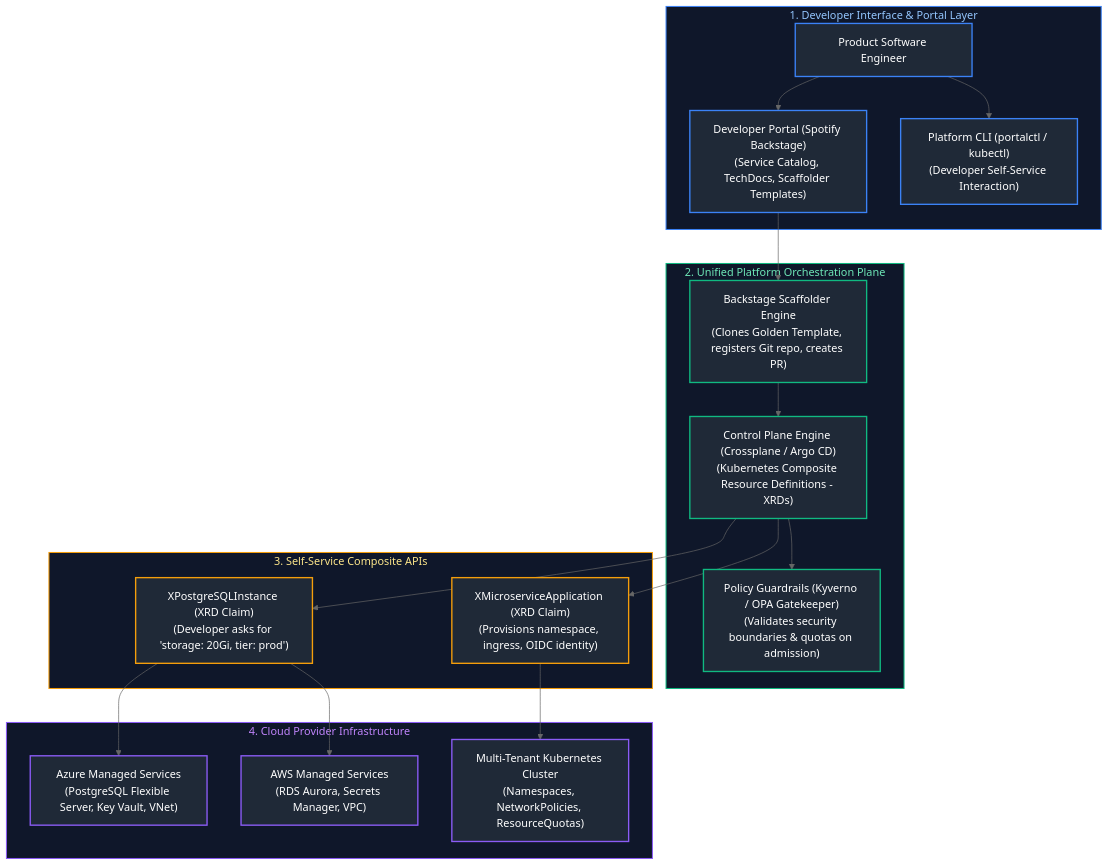
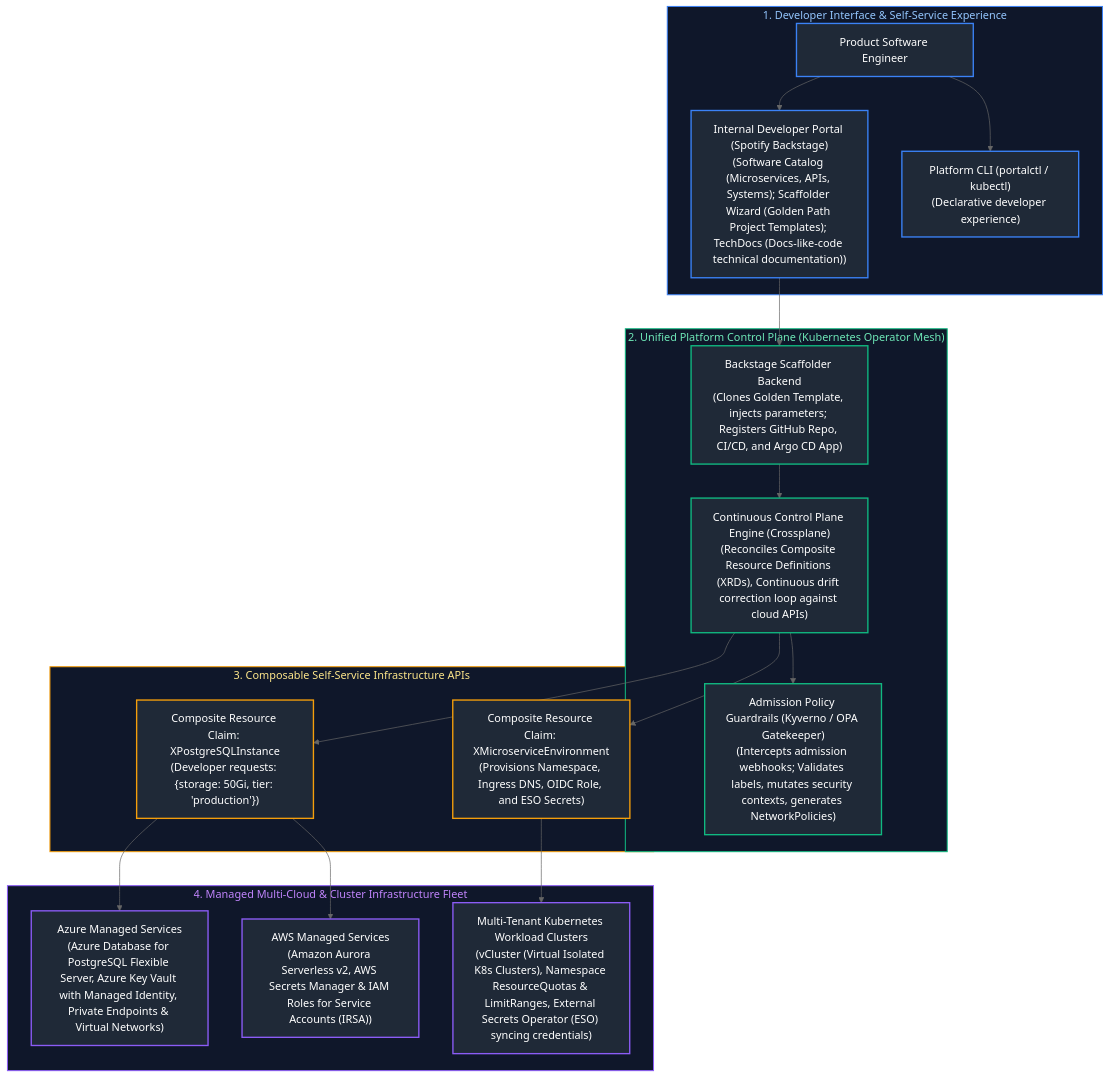
The first of 10 diagrams in Cloud Engineering/14_platform_engineering_and_developer_experience.md (joydeep-biswas/Interview-Preparation), drawn with Mermaid (neutral theme) before and after one commit. The commit also changed other lines of this file and 143 other files, not shown here.

````diff
--- a/Cloud Engineering/14_platform_engineering_and_developer_experience.md
+++ b/Cloud Engineering/14_platform_engineering_and_developer_experience.md
@@ -9,54 +9,56 @@
 ```mermaid
 flowchart TD
-    subgraph DevPortal ["1. Developer Interface & Portal Layer"]
-        Backstage["Developer Portal (Spotify Backstage)<br/>(Service Catalog, TechDocs, Scaffolder Templates)"]
-        CLI["Platform CLI (portalctl / kubectl)<br/>(Developer Self-Service Interaction)"]
-        Dev["Product Software Engineer"]
-        Dev --> Backstage
-        Dev --> CLI
+    subgraph DevPortalLayer ["1. Developer Interface & Self-Service Experience"]
+        DevUser["Product Software Engineer"]
+        Backstage["Internal Developer Portal (Spotify Backstage)<br/>(Software Catalog (Microservices, APIs, Systems); Scaffolder Wizard (Golden Path Project Templates); TechDocs (Docs-like-code technical documentation))"]
+        PlatformCLI["Platform CLI (portalctl / kubectl)<br/>(Declarative developer experience)"]
+        
+        DevUser --> Backstage
+        DevUser --> PlatformCLI
     end
 
-    subgraph PlatformControlPlane ["2. Unified Platform Orchestration Plane"]
-        Scaffolder["Backstage Scaffolder Engine<br/>(Clones Golden Template, registers Git repo, creates PR)"]
-        Crossplane["Control Plane Engine (Crossplane / Argo CD)<br/>(Kubernetes Composite Resource Definitions - XRDs)"]
-        KyvernoPolicy["Policy Guardrails (Kyverno / OPA Gatekeeper)<br/>(Validates security boundaries & quotas on admission)"]
-
-        Backstage --> Scaffolder
-        Scaffolder --> Crossplane
-        Crossplane --> KyvernoPolicy
+    subgraph ControlPlaneTier ["2. Unified Platform Control Plane (Kubernetes Operator Mesh)"]
+        ScaffolderEngine["Backstage Scaffolder Backend<br/>(Clones Golden Template, injects parameters; Registers GitHub Repo, CI/CD, and Argo CD App)"]
+        CrossplaneEngine["Continuous Control Plane Engine (Crossplane)<br/>(Reconciles Composite Resource Definitions (XRDs), Continuous drift correction loop against cloud APIs)"]
+        PolicyAdmission["Admission Policy Guardrails (Kyverno / OPA Gatekeeper)<br/>(Intercepts admission webhooks; Validates labels, mutates security contexts, generates NetworkPolicies)"]
+        
+        Backstage --> ScaffolderEngine
+        ScaffolderEngine --> CrossplaneEngine
+        CrossplaneEngine --> PolicyAdmission
     end
 
-    subgraph AbstractionLayer ["3. Self-Service Composite APIs"]
-        XRD_DB["XPostgreSQLInstance (XRD Claim)<br/>(Developer asks for 'storage: 20Gi, tier: prod')"]
-        XRD_App["XMicroserviceApplication (XRD Claim)<br/>(Provisions namespace, ingress, OIDC identity)"]
-        Crossplane --> XRD_DB
-        Crossplane --> XRD_App
+    subgraph AbstractionCompositions ["3. Composable Self-Service Infrastructure APIs"]
+        ClaimDB["Composite Resource Claim: XPostgreSQLInstance<br/>(Developer requests: {storage: 50Gi, tier: 'production'})"]
+        ClaimApp["Composite Resource Claim: XMicroserviceEnvironment<br/>(Provisions Namespace, Ingress DNS, OIDC Role, and ESO Secrets)"]
+        
+        CrossplaneEngine --> ClaimDB
+        CrossplaneEngine --> ClaimApp
     end
 
-    subgraph InfrastructureProviders ["4. Cloud Provider Infrastructure"]
-        AzurePaaS["Azure Managed Services<br/>(PostgreSQL Flexible Server, Key Vault, VNet)"]
-        AWSPaaS["AWS Managed Services<br/>(RDS Aurora, Secrets Manager, VPC)"]
-        K8sTenant["Multi-Tenant Kubernetes Cluster<br/>(Namespaces, NetworkPolicies, ResourceQuotas)"]
+    subgraph CloudInfrastructure ["4. Managed Multi-Cloud & Cluster Infrastructure Fleet"]
+        AzurePaaS["Azure Managed Services<br/>(Azure Database for PostgreSQL Flexible Server, Azure Key Vault with Managed Identity, Private Endpoints & Virtual Networks)"]
+        AWSPaaS["AWS Managed Services<br/>(Amazon Aurora Serverless v2, AWS Secrets Manager & IAM Roles for Service Accounts (IRSA))"]
+        MultiTenantK8s["Multi-Tenant Kubernetes Workload Clusters<br/>(vCluster (Virtual Isolated K8s Clusters), Namespace ResourceQuotas & LimitRanges, External Secrets Operator (ESO) syncing credentials)"]
 
-        XRD_DB --> AzurePaaS
-        XRD_DB --> AWSPaaS
-        XRD_App --> K8sTenant
+        ClaimDB --> AzurePaaS
+        ClaimDB --> AWSPaaS
+        ClaimApp --> MultiTenantK8s
     end
 
-    style DevPortal fill:#0f172a,stroke:#3b82f6,stroke-width:1.5px,color:#93c5fd
-    style PlatformControlPlane fill:#0f172a,stroke:#10b981,stroke-width:1.5px,color:#6ee7b7
-    style AbstractionLayer fill:#0f172a,stroke:#f59e0b,stroke-width:1.5px,color:#fde68a
-    style InfrastructureProviders fill:#0f172a,stroke:#8b5cf6,stroke-width:1.5px,color:#c084fc
+    style DevPortalLayer fill:#0f172a,stroke:#3b82f6,stroke-width:1.5px,color:#93c5fd
+    style ControlPlaneTier fill:#0f172a,stroke:#10b981,stroke-width:1.5px,color:#6ee7b7
+    style AbstractionCompositions fill:#0f172a,stroke:#f59e0b,stroke-width:1.5px,color:#fde68a
+    style CloudInfrastructure fill:#0f172a,stroke:#8b5cf6,stroke-width:1.5px,color:#c084fc
 
+    style DevUser fill:#1f2937,stroke:#3b82f6,stroke-width:2px,color:#fff
     style Backstage fill:#1f2937,stroke:#3b82f6,stroke-width:2px,color:#fff
-    style CLI fill:#1f2937,stroke:#3b82f6,stroke-width:2px,color:#fff
-    style Dev fill:#1f2937,stroke:#3b82f6,stroke-width:2px,color:#fff
-    style Scaffolder fill:#1f2937,stroke:#10b981,stroke-width:2px,color:#fff
-    style Crossplane fill:#1f2937,stroke:#10b981,stroke-width:2px,color:#fff
-    style KyvernoPolicy fill:#1f2937,stroke:#10b981,stroke-width:2px,color:#fff
-    style XRD_DB fill:#1f2937,stroke:#f59e0b,stroke-width:2px,color:#fff
-    style XRD_App fill:#1f2937,stroke:#f59e0b,stroke-width:2px,color:#fff
+    style PlatformCLI fill:#1f2937,stroke:#3b82f6,stroke-width:2px,color:#fff
+    style ScaffolderEngine fill:#1f2937,stroke:#10b981,stroke-width:2px,color:#fff
+    style CrossplaneEngine fill:#1f2937,stroke:#10b981,stroke-width:2px,color:#fff
+    style PolicyAdmission fill:#1f2937,stroke:#10b981,stroke-width:2px,color:#fff
+    style ClaimDB fill:#1f2937,stroke:#f59e0b,stroke-width:2px,color:#fff
+    style ClaimApp fill:#1f2937,stroke:#f59e0b,stroke-width:2px,color:#fff
     style AzurePaaS fill:#1f2937,stroke:#8b5cf6,stroke-width:2px,color:#fff
     style AWSPaaS fill:#1f2937,stroke:#8b5cf6,stroke-width:2px,color:#fff
-    style K8sTenant fill:#1f2937,stroke:#8b5cf6,stroke-width:2px,color:#fff
+    style MultiTenantK8s fill:#1f2937,stroke:#8b5cf6,stroke-width:2px,color:#fff
 ```
````
